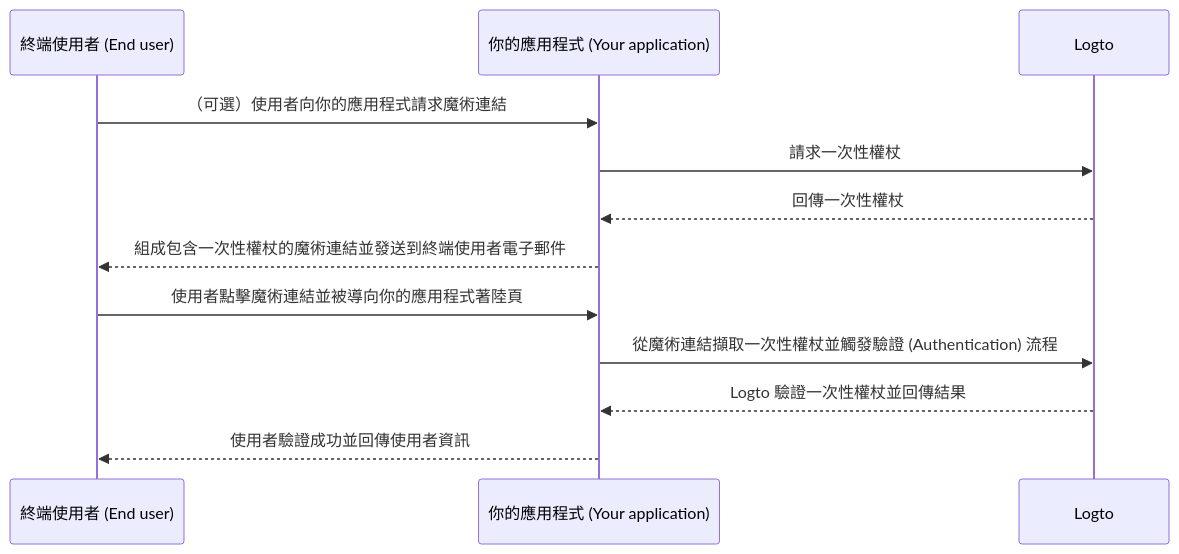
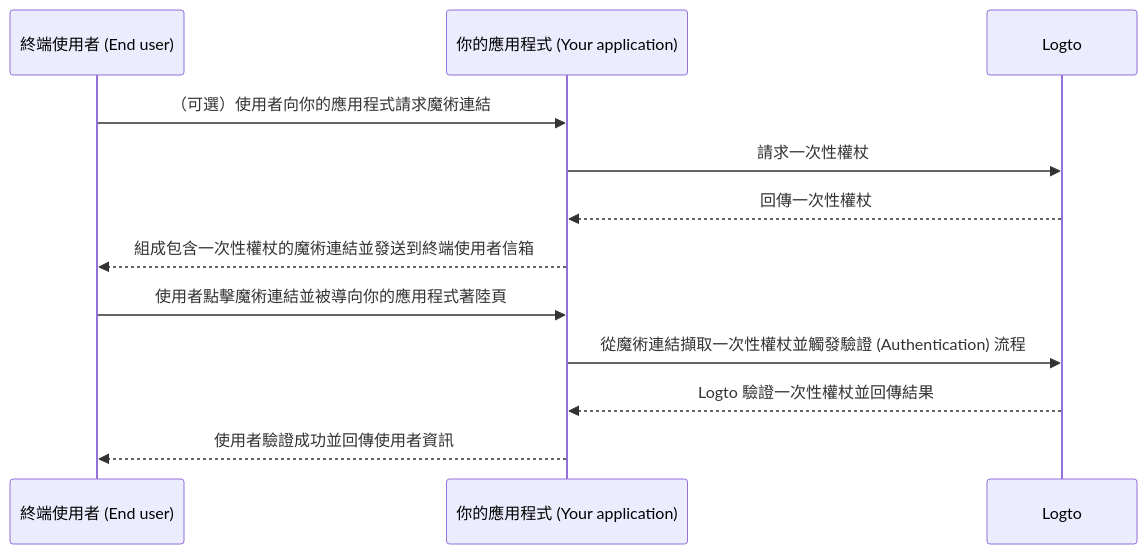
The diagram in i18n/zh-TW/docusaurus-plugin-content-docs/current/end-user-flows/one-time-token.mdx (logto-io/docs), drawn with Mermaid before and after one commit. The commit also changed other lines of this file and 37 other files, not shown here.

````diff
--- a/i18n/zh-TW/docusaurus-plugin-content-docs/current/end-user-flows/one-time-token.mdx
+++ b/i18n/zh-TW/docusaurus-plugin-content-docs/current/end-user-flows/one-time-token.mdx
@@ -24,15 +37,15 @@
 ```mermaid
 sequenceDiagram
   participant U as 終端使用者 (End user)
   participant C as 你的應用程式 (Your application)
   participant L as Logto
 
   U ->> C: （可選）使用者向你的應用程式請求魔術連結
   C ->> L: 請求一次性權杖
   L -->> C: 回傳一次性權杖
-  C -->> U: 組成包含一次性權杖的魔術連結並發送到終端使用者電子郵件
+  C -->> U: 組成包含一次性權杖的魔術連結並發送到終端使用者信箱
   U ->> C: 使用者點擊魔術連結並被導向你的應用程式著陸頁
   C ->> L: 從魔術連結擷取一次性權杖並觸發驗證 (Authentication) 流程
   L -->> C: Logto 驗證一次性權杖並回傳結果
   C -->> U: 使用者驗證成功並回傳使用者資訊
 ```
````
